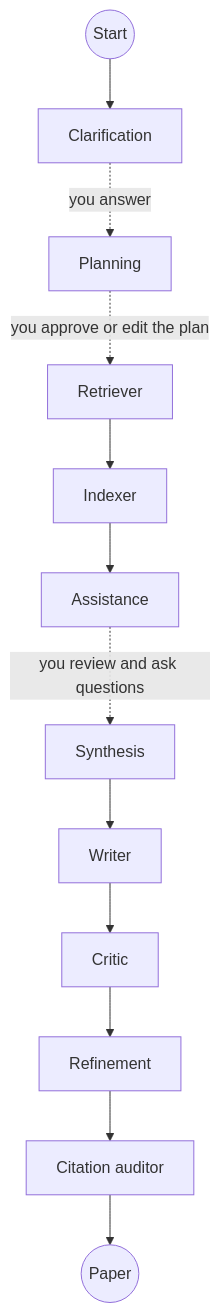
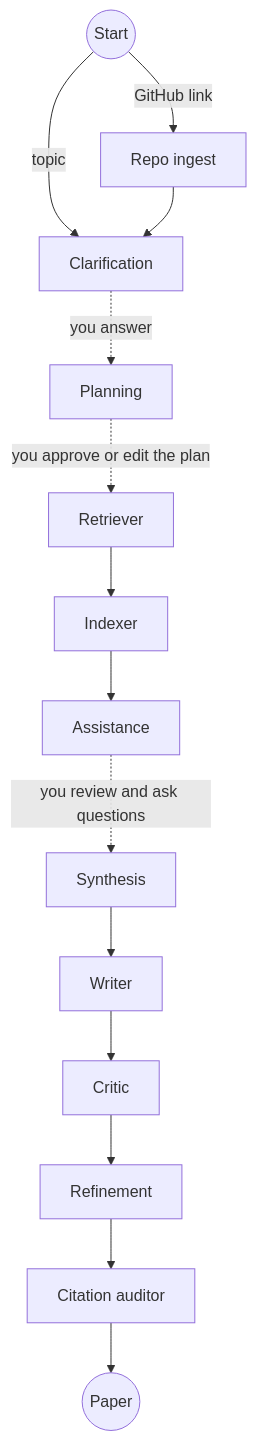
One commit to Ganesh-reddy005/Research-agent changed the diagram in README.md. Above: the diagram before and after it, drawn with Mermaid. The commit also changed other lines of this file and 45 other files, not shown here.

First line of the commit message:
Papers from GitHub repositories, page-length control, deleting history

````diff
--- a/README.md
+++ b/README.md
@@ -63,14 +72,16 @@
 ```mermaid
 graph TD
-    START((Start)) --> Clarification
+    START((Start)) -->|topic| Clarification
+    START -->|GitHub link| RepoIngest[Repo ingest]
+    RepoIngest --> Clarification
     Clarification -.->|you answer| Planning
     Planning -.->|you approve or edit the plan| Retriever
     Retriever --> Indexer
     Indexer --> Assistance
     Assistance -.->|you review and ask questions| Synthesis
     Synthesis --> Writer
     Writer --> Critic
     Critic --> Refinement
     Refinement --> Auditor[Citation auditor]
     Auditor --> END((Paper))
 ```
````
